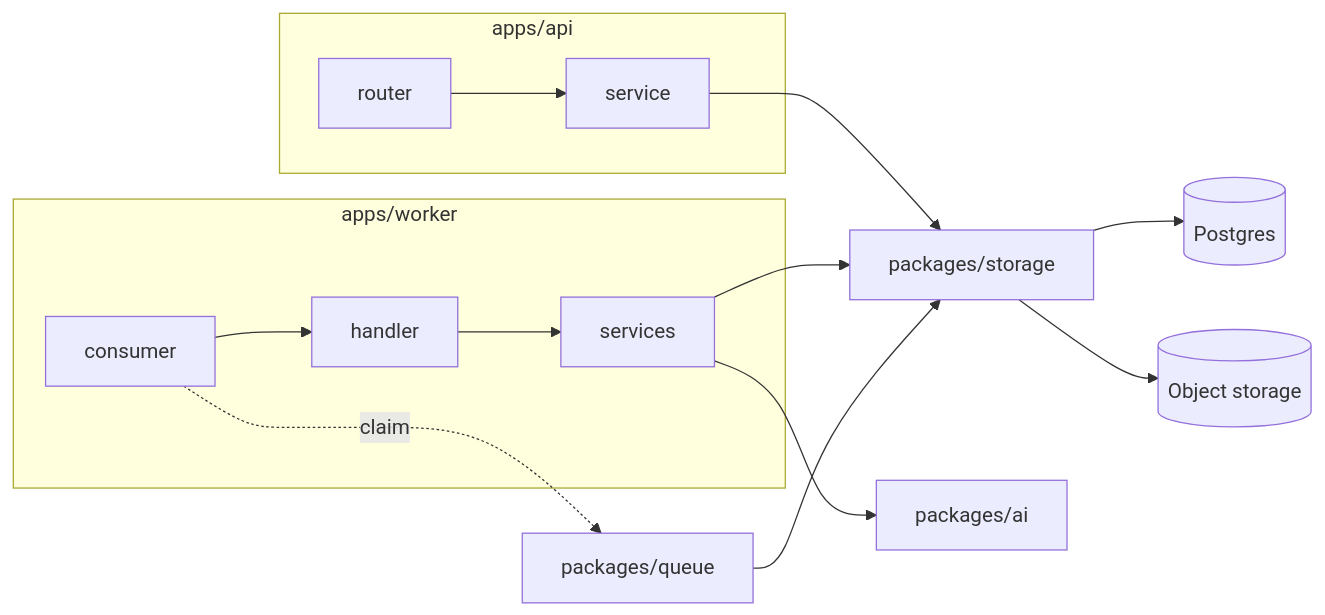
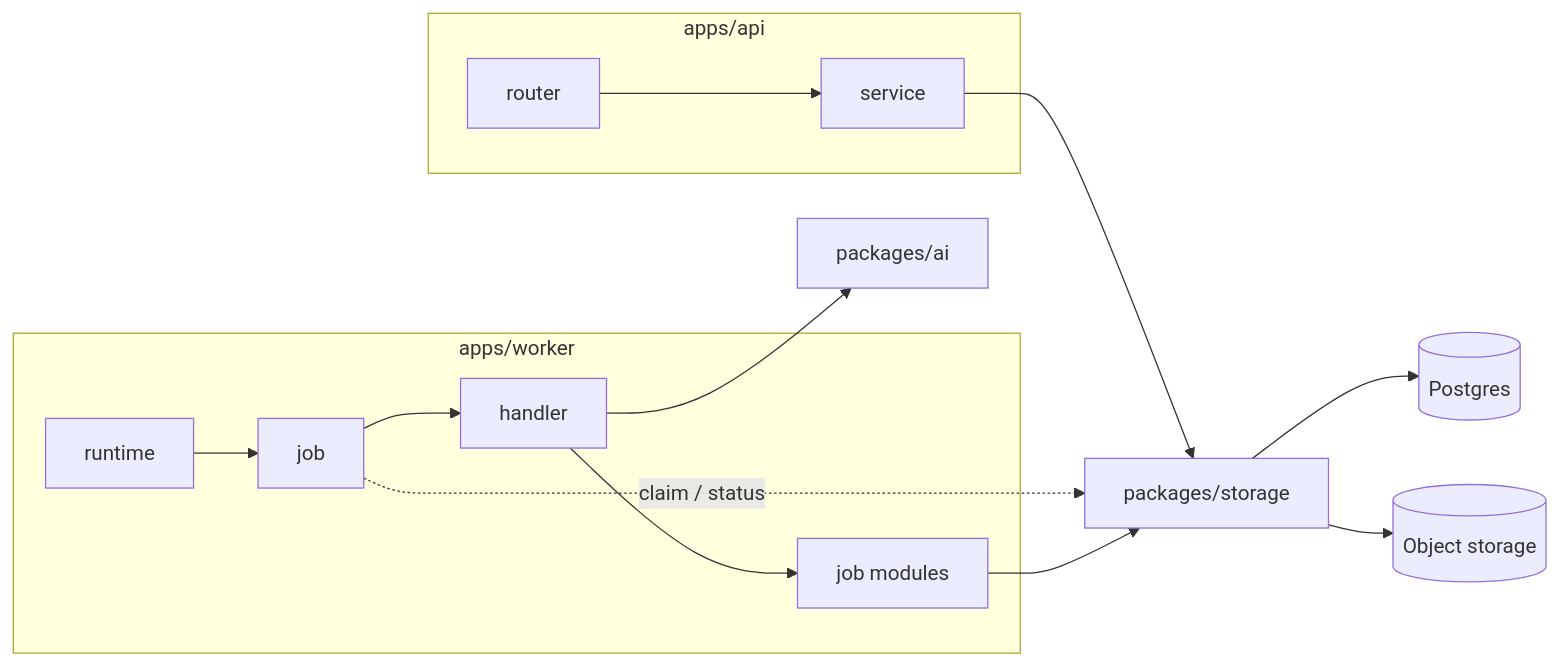
Before and after one commit to AnuragAmbekar741/kosh: the diagram in docs/architecture/backend.md, drawn with Mermaid. The commit also changed other lines of this file and 24 other files, not shown here.

First line of the commit message:
Restructure the worker into a runtime and a job registry (#27)

````diff
--- a/docs/architecture/backend.md
+++ b/docs/architecture/backend.md
@@ -112,16 +111,15 @@
 ```mermaid
 flowchart LR
   subgraph api[apps/api]
     R[router] --> S[service]
   end
   subgraph wrk[apps/worker]
-    C[consumer] --> H[handler] --> SV[services]
+    RT[runtime] --> J[job] --> H[handler] --> M[job modules]
   end
   S --> P[packages/storage]
-  SV --> P
-  SV --> AI[packages/ai]
-  C -.claim.-> Q[packages/queue]
-  Q --> P
+  J -.claim / status.-> P
+  M --> P
+  H --> AI[packages/ai]
   P --> PG[(Postgres)]
   P --> S3[(Object storage)]
 ```
````
